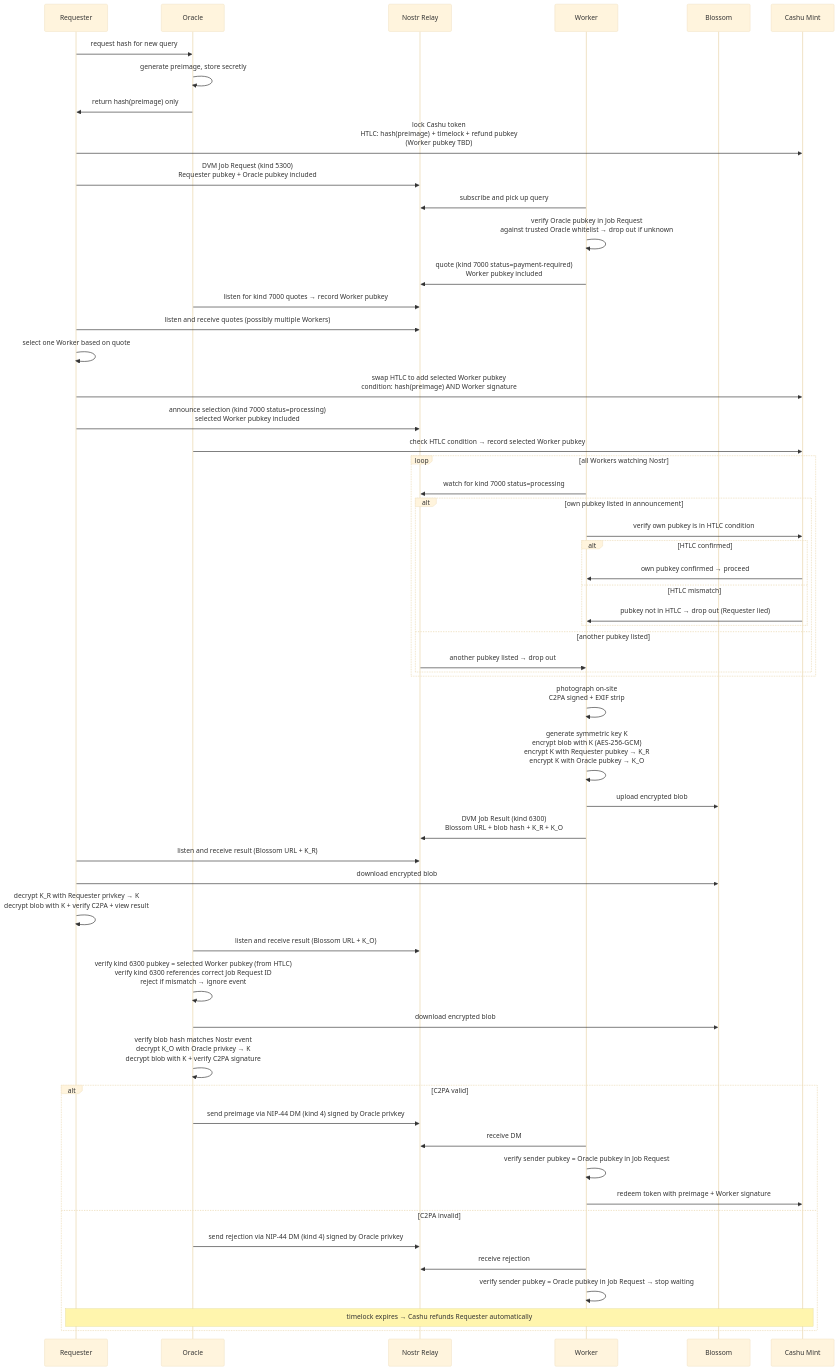
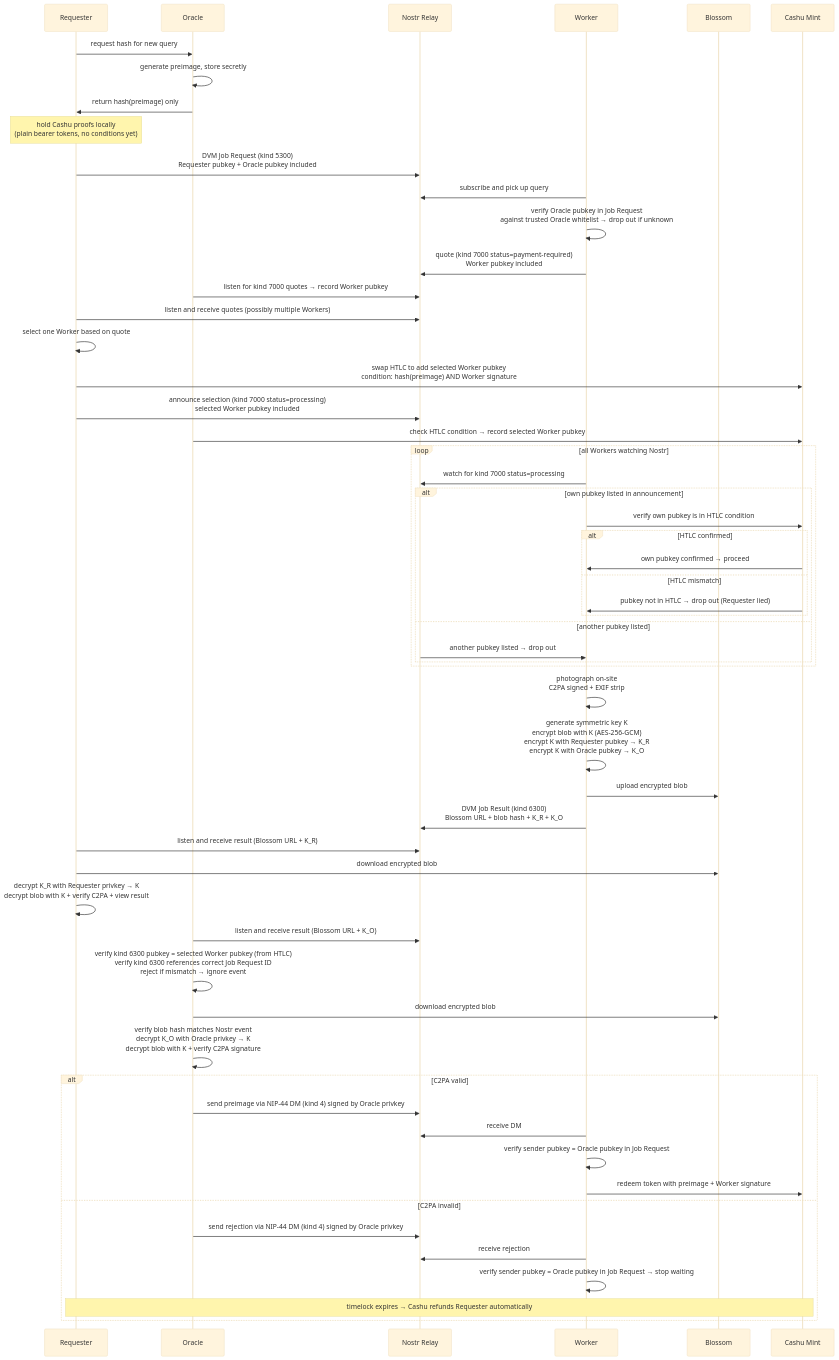
One commit to motxx/anchr changed the first of 4 diagrams in README.md. Above: the diagram before and after it, drawn with Mermaid (base theme). The commit also changed other lines of this file and 10 other files, not shown here.

````diff
--- a/README.md
+++ b/README.md
@@ -18,66 +18,66 @@
 ```mermaid
 sequenceDiagram
     participant R as Requester
     participant O as Oracle
     participant N as Nostr Relay
     participant W as Worker
     participant B as Blossom
     participant M as Cashu Mint
 
     R->>O: request hash for new query
     O->>O: generate preimage, store secretly
     O->>R: return hash(preimage) only
 
-    R->>M: lock Cashu token<br/>HTLC: hash(preimage) + timelock + refund pubkey<br/>(Worker pubkey TBD)
+    Note over R: hold Cashu proofs locally<br/>(plain bearer tokens, no conditions yet)
     R->>N: DVM Job Request (kind 5300)<br/>Requester pubkey + Oracle pubkey included
 
     W->>N: subscribe and pick up query
     W->>W: verify Oracle pubkey in Job Request<br/>against trusted Oracle whitelist → drop out if unknown
     W->>N: quote (kind 7000 status=payment-required)<br/>Worker pubkey included
     O->>N: listen for kind 7000 quotes → record Worker pubkey
 
     R->>N: listen and receive quotes (possibly multiple Workers)
     R->>R: select one Worker based on quote
     R->>M: swap HTLC to add selected Worker pubkey<br/>condition: hash(preimage) AND Worker signature
     R->>N: announce selection (kind 7000 status=processing)<br/>selected Worker pubkey included
     O->>M: check HTLC condition → record selected Worker pubkey
 
     loop all Workers watching Nostr
         W->>N: watch for kind 7000 status=processing
         alt own pubkey listed in announcement
             W->>M: verify own pubkey is in HTLC condition
             alt HTLC confirmed
                 M->>W: own pubkey confirmed → proceed
             else HTLC mismatch
                 M->>W: pubkey not in HTLC → drop out (Requester lied)
             end
         else another pubkey listed
             N->>W: another pubkey listed → drop out
         end
     end
 
     W->>W: photograph on-site<br/>C2PA signed + EXIF strip
     W->>W: generate symmetric key K<br/>encrypt blob with K (AES-256-GCM)<br/>encrypt K with Requester pubkey → K_R<br/>encrypt K with Oracle pubkey → K_O
     W->>B: upload encrypted blob
     W->>N: DVM Job Result (kind 6300)<br/>Blossom URL + blob hash + K_R + K_O
 
     R->>N: listen and receive result (Blossom URL + K_R)
     R->>B: download encrypted blob
     R->>R: decrypt K_R with Requester privkey → K<br/>decrypt blob with K + verify C2PA + view result
 
     O->>N: listen and receive result (Blossom URL + K_O)
     O->>O: verify kind 6300 pubkey = selected Worker pubkey (from HTLC)<br/>verify kind 6300 references correct Job Request ID<br/>reject if mismatch → ignore event
     O->>B: download encrypted blob
     O->>O: verify blob hash matches Nostr event<br/>decrypt K_O with Oracle privkey → K<br/>decrypt blob with K + verify C2PA signature
     alt C2PA valid
         O->>N: send preimage via NIP-44 DM (kind 4) signed by Oracle privkey
         W->>N: receive DM
         W->>W: verify sender pubkey = Oracle pubkey in Job Request
         W->>M: redeem token with preimage + Worker signature
     else C2PA invalid
         O->>N: send rejection via NIP-44 DM (kind 4) signed by Oracle privkey
         W->>N: receive rejection
         W->>W: verify sender pubkey = Oracle pubkey in Job Request → stop waiting
         Note over M,R: timelock expires → Cashu refunds Requester automatically
     end
 ```
````
